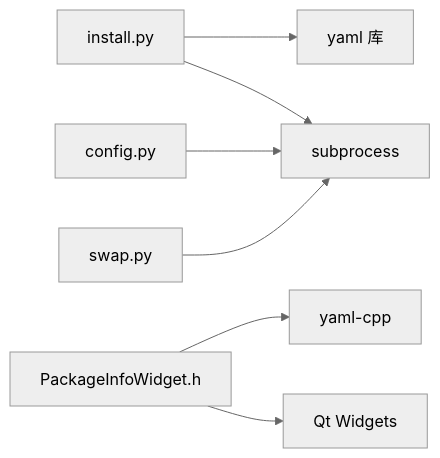
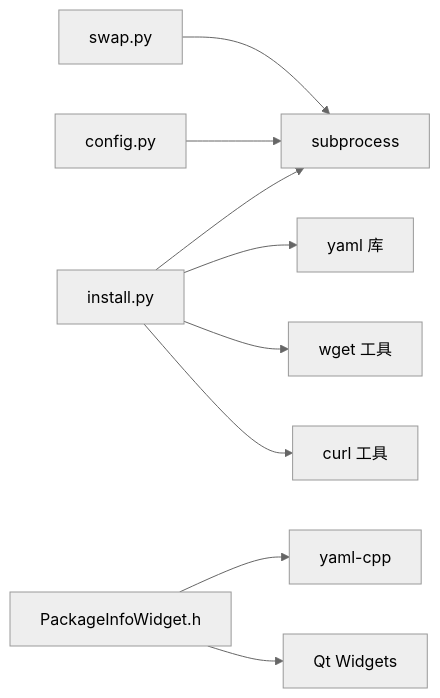
One commit to firestrongarch/install changed the fourth of 4 diagrams in .qoder/repowiki/zh/content/配置管理.md. Above: the diagram before and after it, drawn with Mermaid (neutral theme). The commit also changed other lines of this file and 3 other files, not shown here.

````diff
--- a/.qoder/repowiki/zh/content/配置管理.md
+++ b/.qoder/repowiki/zh/content/配置管理.md
@@ -240,9 +304,11 @@
 ```mermaid
 graph LR
 INSTALL["install.py"] --> YAML["yaml 库"]
 INSTALL --> SUBPROC["subprocess"]
+INSTALL --> WGET["wget 工具"]
+INSTALL --> CURL["curl 工具"]
 GUI_PKG["PackageInfoWidget.h"] --> YAML_CPP["yaml-cpp"]
 GUI_PKG --> QT["Qt Widgets"]
 CONFIG["config.py"] --> SUBPROC
 SWAP["swap.py"] --> SUBPROC
 ```
````
